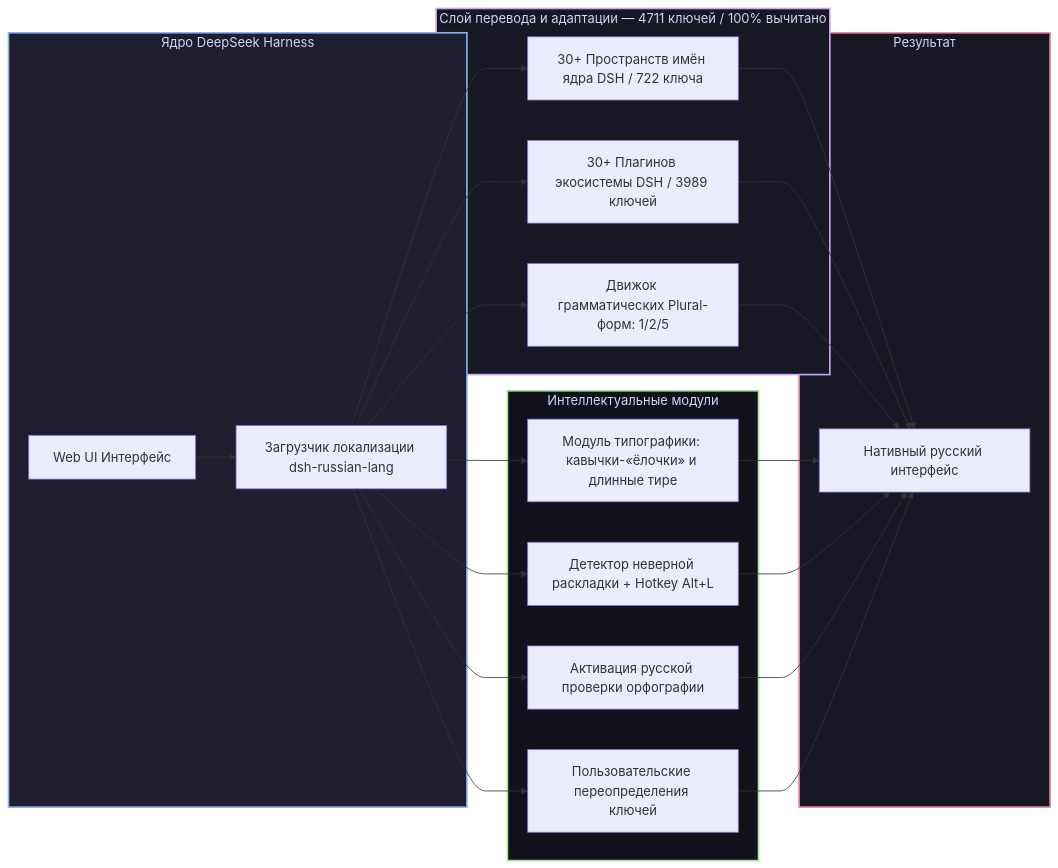
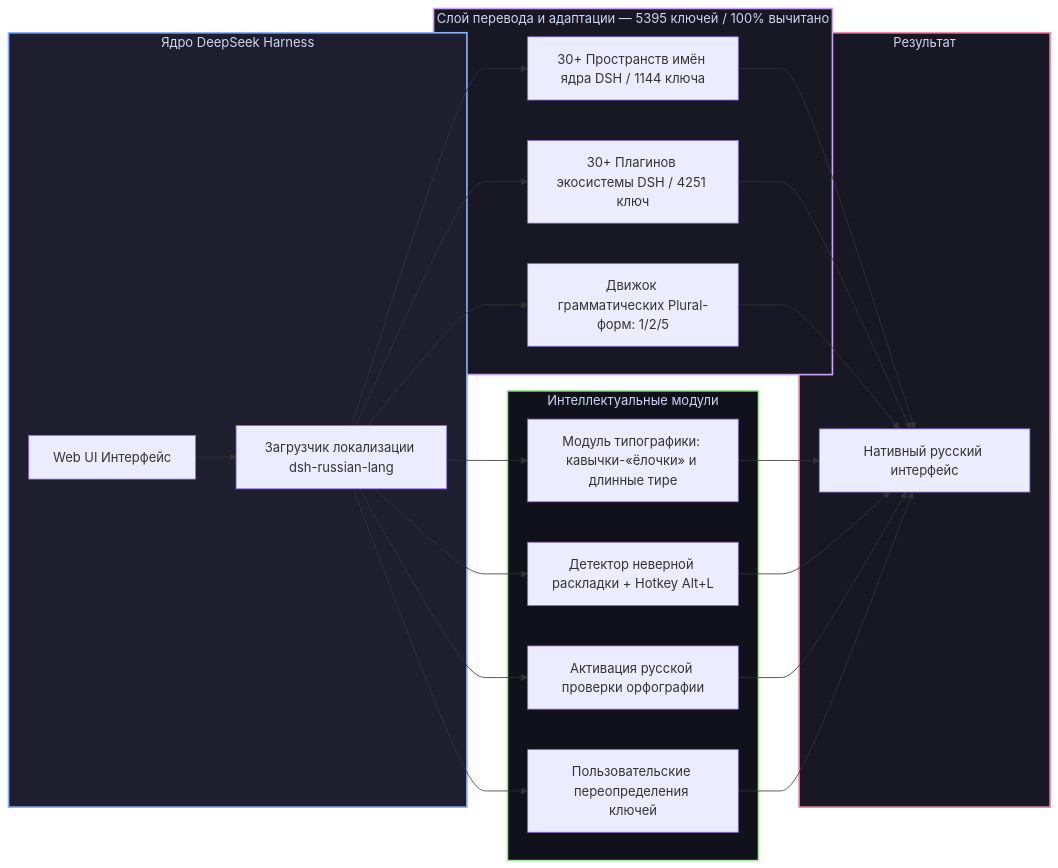
The diagram in README.md (GooDAnDReaDY/dsh-russian-lang), drawn with Mermaid before and after one commit. The commit also changed other lines of this file and 18 other files, not shown here.

First line of the commit message:
feat: Russian localization for DSH v0.1.5 core updates and 8 plugins (v0.2.7) (#157)

````diff
--- a/README.md
+++ b/README.md
@@ -34,34 +39,34 @@
 ```mermaid
 graph LR
     subgraph DSHCore [Ядро DeepSeek Harness]
         DSH[Web UI Интерфейс] --> Loader[Загрузчик локализации dsh-russian-lang]
     end
 
-    subgraph TranslationLayer [Слой перевода и адаптации — 4711 ключей / 100% вычитано]
-        Loader --> CoreDict[30+ Пространств имён ядра DSH / 722 ключа]
-        Loader --> PluginDict[30+ Плагинов экосистемы DSH / 3989 ключей]
+    subgraph TranslationLayer [Слой перевода и адаптации — 5395 ключей / 100% вычитано]
+        Loader --> CoreDict[30+ Пространств имён ядра DSH / 1144 ключа]
+        Loader --> PluginDict[30+ Плагинов экосистемы DSH / 4251 ключ]
         Loader --> PluralEngine[Движок грамматических Plural-форм: 1/2/5]
     end
 
     subgraph SmartFeatures [Интеллектуальные модули]
         Loader --> Typo[Модуль типографики: кавычки-«ёлочки» и длинные тире]
         Loader --> LayoutFix[Детектор неверной раскладки + Hotkey Alt+L]
         Loader --> Spell[Активация русской проверки орфографии]
         Loader --> Overrides[Пользовательские переопределения ключей]
     end
 
     subgraph Result [Результат]
         CoreDict --> NativeUI[Нативный русский интерфейс]
         PluginDict --> NativeUI
         PluralEngine --> NativeUI
         Typo --> NativeUI
         LayoutFix --> NativeUI
         Spell --> NativeUI
         Overrides --> NativeUI
     end
 
     style DSHCore fill:#1e1e2e,stroke:#89b4fa,stroke-width:2px,color:#cdd6f4
     style TranslationLayer fill:#181825,stroke:#cba6f7,stroke-width:2px,color:#cdd6f4
     style SmartFeatures fill:#11111b,stroke:#a6e3a1,stroke-width:2px,color:#cdd6f4
     style Result fill:#181825,stroke:#f38ba8,stroke-width:2px,color:#cdd6f4
 ```
````
